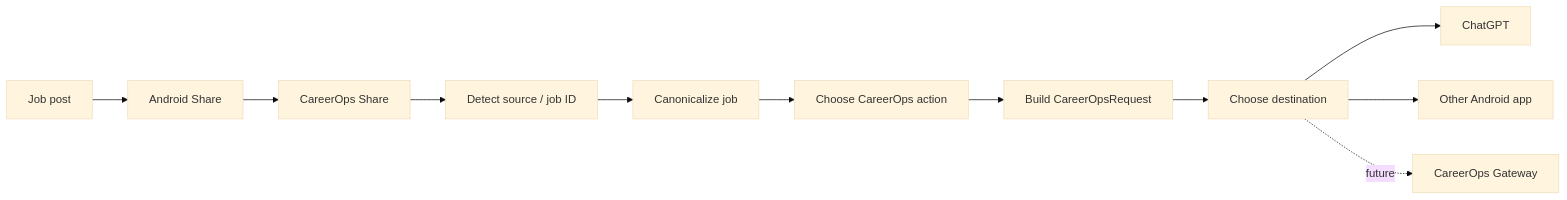
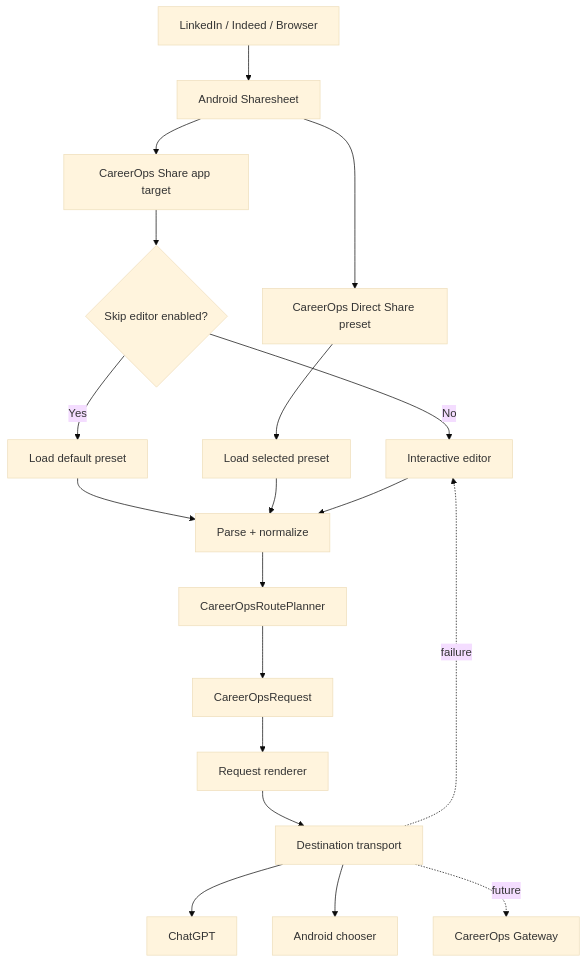
One commit to DantyDCook/CareerOpsShare-Android changed the diagram in README.md. Above: the diagram before and after it, drawn with Mermaid (base theme). The commit also changed other lines of this file and 2 other files, not shown here.

Commit message:
Document v0.3.0 direct share architecture

````diff
--- a/README.md
+++ b/README.md
@@ -32,13 +38,27 @@
 ```mermaid
-flowchart LR
-    A[Job post] --> B[Android Share]
-    B --> C[CareerOps Share]
-    C --> D[Detect source / job ID]
-    D --> E[Canonicalize job]
-    E --> F[Choose CareerOps action]
-    F --> G[Build CareerOpsRequest]
-    G --> H[Choose destination]
-    H --> I[ChatGPT]
-    H --> J[Other Android app]
-    H -. future .-> K[CareerOps Gateway]
+flowchart TD
+    A[LinkedIn / Indeed / Browser] --> B[Android Sharesheet]
+
+    B --> C[CareerOps Share app target]
+    C --> D{Skip editor enabled?}
+    D -- No --> E[Interactive editor]
+    D -- Yes --> F[Load default preset]
+
+    B --> G[CareerOps Direct Share preset]
+    G --> H[Load selected preset]
+
+    F --> I[Parse + normalize]
+    H --> I
+    E --> I
+
+    I --> J[CareerOpsRoutePlanner]
+    J --> K[CareerOpsRequest]
+    K --> L[Request renderer]
+    L --> M[Destination transport]
+
+    M --> N[ChatGPT]
+    M --> O[Android chooser]
+    M -. future .-> P[CareerOps Gateway]
+
+    M -. failure .-> E
 ```
````
